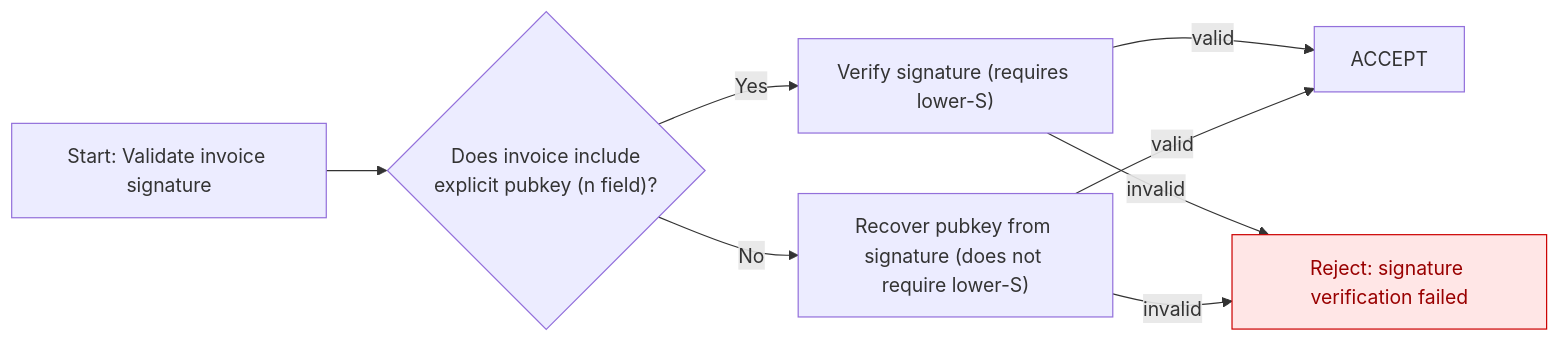
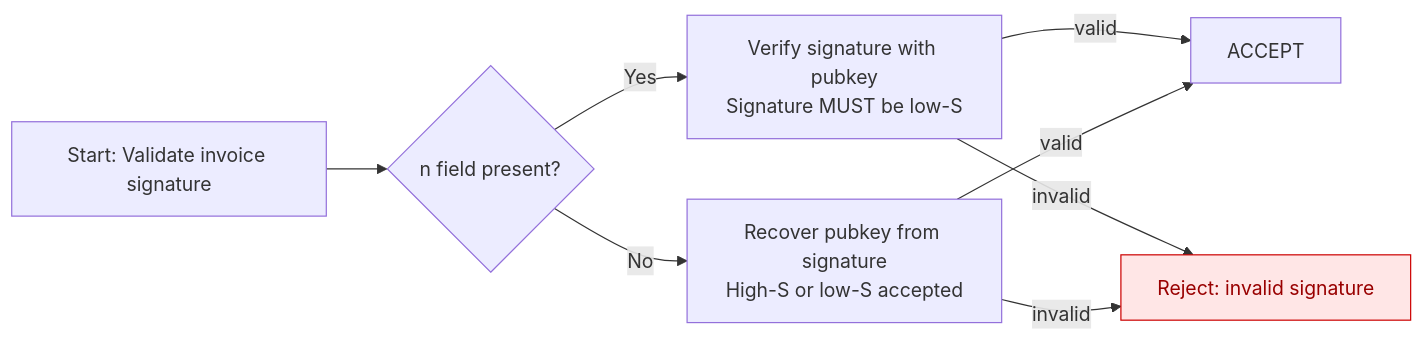
One commit to erickcestari/differential-fuzzing-slides-btcplusplus changed the tenth of 10 diagrams in slides.md. Above: the diagram before and after it, drawn with Mermaid. The commit also changed other lines of this file, not shown here.

Commit message:
last changes

````diff
--- a/slides.md
+++ b/slides.md
@@ -842,14 +842,14 @@
 ```mermaid
 flowchart LR
-    A[Start: Validate invoice signature] --> B{"Does invoice include<br/>explicit pubkey (n field)"?}
+    A[Start: Validate invoice signature] --> B{n field present?}
 
-    B -- Yes --> E["Verify signature (requires lower-S)"]
-    E -->|valid| Z[ACCEPT]
-    E -->|invalid| X2[Reject: signature verification failed]:::reject
+    B -- Yes --> C[Verify signature with pubkey<br/>Signature MUST be low-S]
+    C -->|valid| Z[ACCEPT]
+    C -->|invalid| X1[Reject: invalid signature]:::reject
 
-    B -- No --> G["Recover pubkey from signature (does not require lower-S)"]
-    G -->|invalid| X2[Reject: signature verification failed]:::reject
-    G -->|valid| Z[ACCEPT]
+    B -- No --> D[Recover pubkey from signature<br/>High-S or low-S accepted]
+    D -->|valid| Z
+    D -->|invalid| X1
 
     classDef reject fill:#ffe6e6,stroke:#cc0000,color:#990000;
 ```
````
